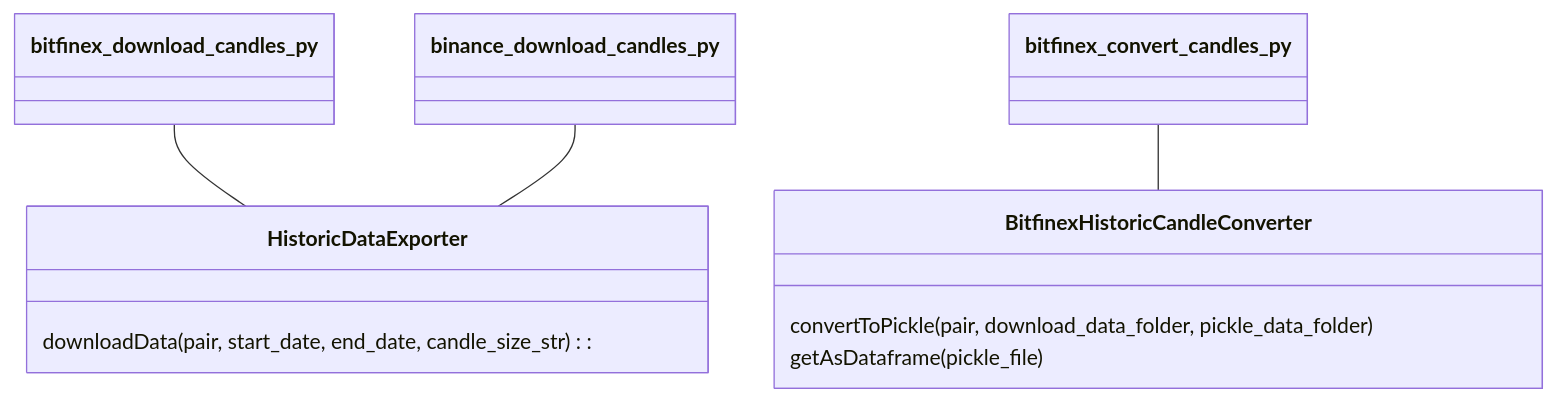
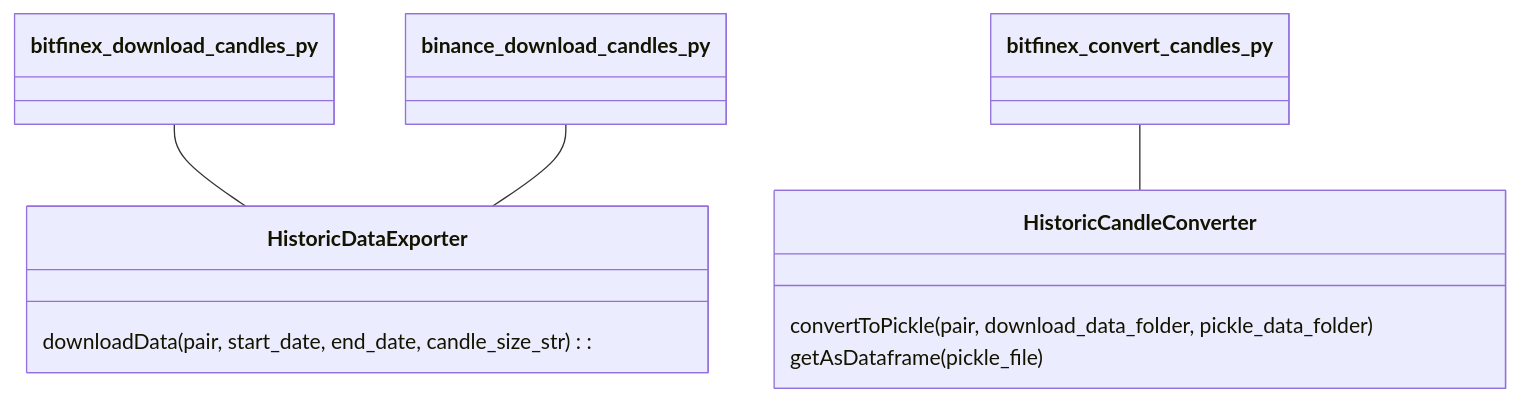
One commit to reisenmachtfreude/Crypto-CentralisedExchange-HistoricDataDownloader changed the diagram in README.md. Above: the diagram before and after it, drawn with Mermaid.

````diff
--- a/README.md
+++ b/README.md
@@ -17,26 +17,26 @@
 ```mermaid
 classDiagram
     class bitfinex_download_candles_py{
 
     }
     bitfinex_download_candles_py -- HistoricDataExporter
 
     class binance_download_candles_py{
 
     }
     binance_download_candles_py -- HistoricDataExporter
     
     class HistoricDataExporter{
       downloadData(pair, start_date, end_date, candle_size_str):
     }
 
     
     class bitfinex_convert_candles_py{
 
     }
-    bitfinex_convert_candles_py -- BitfinexHistoricCandleConverter
-    class BitfinexHistoricCandleConverter{
+    bitfinex_convert_candles_py -- HistoricCandleConverter
+    class HistoricCandleConverter{
         convertToPickle(pair, download_data_folder, pickle_data_folder)
         getAsDataframe(pickle_file)
     }	
 ```
````
